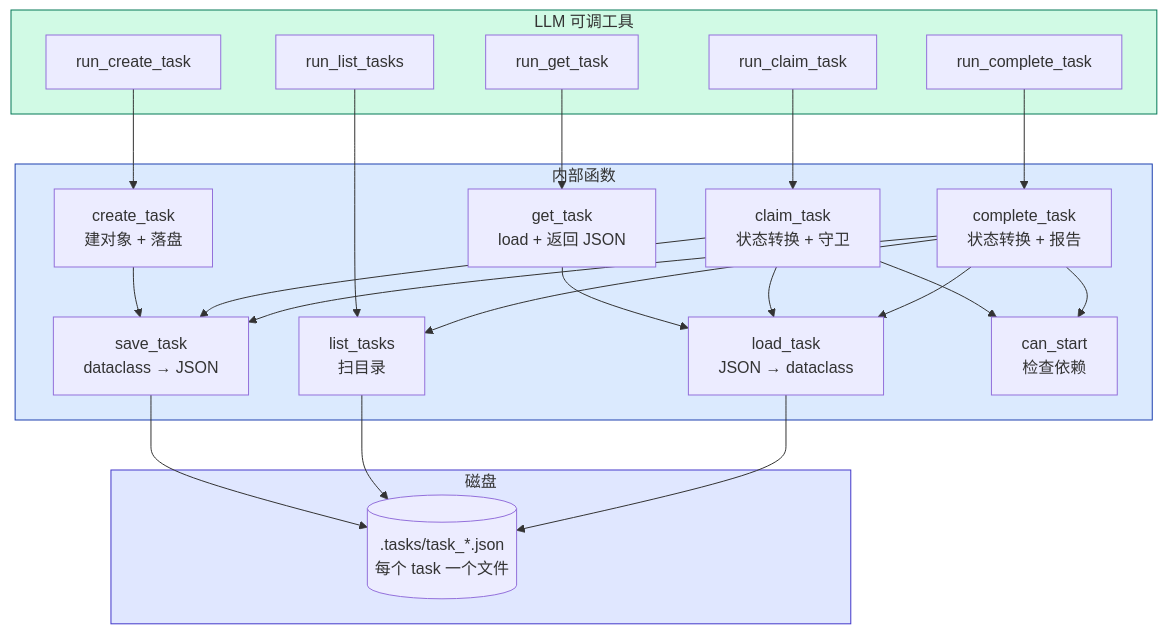
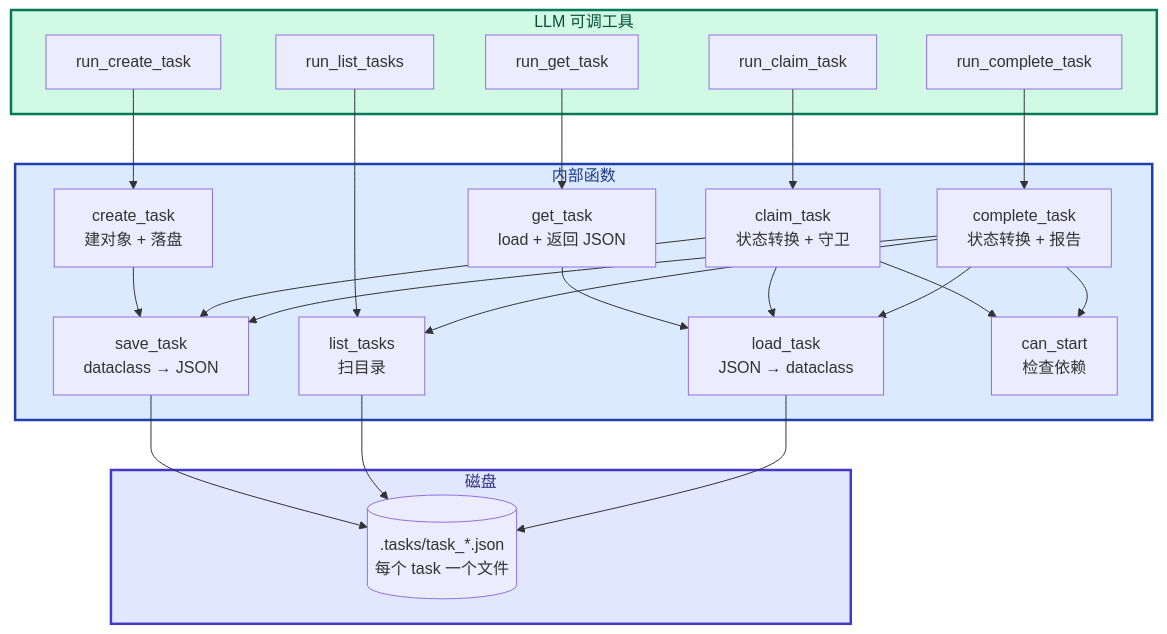
Before and after one commit to PyrePuin/From-Zero-LLM-Agent-Infra-Notes: the third of 3 diagrams in Agent/Harness/Claude Code/Phase 4 - 长时间任务/12 - Task System.md, drawn with Mermaid. The commit also changed other lines of this file and 23 other files, not shown here.

First line of the commit message:
refactor(mermaid): 统一所有图的视觉规范

````diff
--- a/Agent/Harness/Claude Code/Phase 4 - 长时间任务/12 - Task System.md
+++ b/Agent/Harness/Claude Code/Phase 4 - 长时间任务/12 - Task System.md
@@ -180,44 +182,45 @@
 ```mermaid
+%%{init: {'themeVariables': {'fontSize': '16px', 'fontFamily': 'ui-sans-serif, system-ui, -apple-system, "Segoe UI", Roboto, sans-serif'}}}%%
 flowchart TB
     subgraph Tools["LLM 可调工具"]
         T1["run_create_task"]
         T2["run_list_tasks"]
         T3["run_get_task"]
         T4["run_claim_task"]
         T5["run_complete_task"]
     end
 
     subgraph Internal["内部函数"]
         I1["create_task<br/>建对象 + 落盘"]
         I2["save_task<br/>dataclass → JSON"]
         I3["load_task<br/>JSON → dataclass"]
         I4["list_tasks<br/>扫目录"]
         I5["get_task<br/>load + 返回 JSON"]
         I6["can_start<br/>检查依赖"]
         I7["claim_task<br/>状态转换 + 守卫"]
         I8["complete_task<br/>状态转换 + 报告"]
     end
 
     subgraph Storage["磁盘"]
         S1[(".tasks/task_*.json<br/>每个 task 一个文件")]
     end
 
     T1 --> I1 --> I2 --> S1
     T2 --> I4 --> S1
     T3 --> I5 --> I3 --> S1
     T4 --> I7
     T5 --> I8
 
     I7 --> I6
     I7 --> I3
     I7 --> I2
 
     I8 --> I3
     I8 --> I2
     I8 --> I4
     I8 --> I6
 
-    style Tools fill:#d1fae5,stroke:#047857
-    style Internal fill:#dbeafe,stroke:#1e40af
-    style Storage fill:#e0e7ff,stroke:#4338ca
+    style Tools fill:#d1fae5,stroke:#047857,stroke-width:2.5px,color:#064e3b
+    style Internal fill:#dbeafe,stroke:#1e40af,stroke-width:2.5px,color:#1e3a8a
+    style Storage fill:#e0e7ff,stroke:#4338ca,stroke-width:2.5px,color:#312e81
 ```
````
